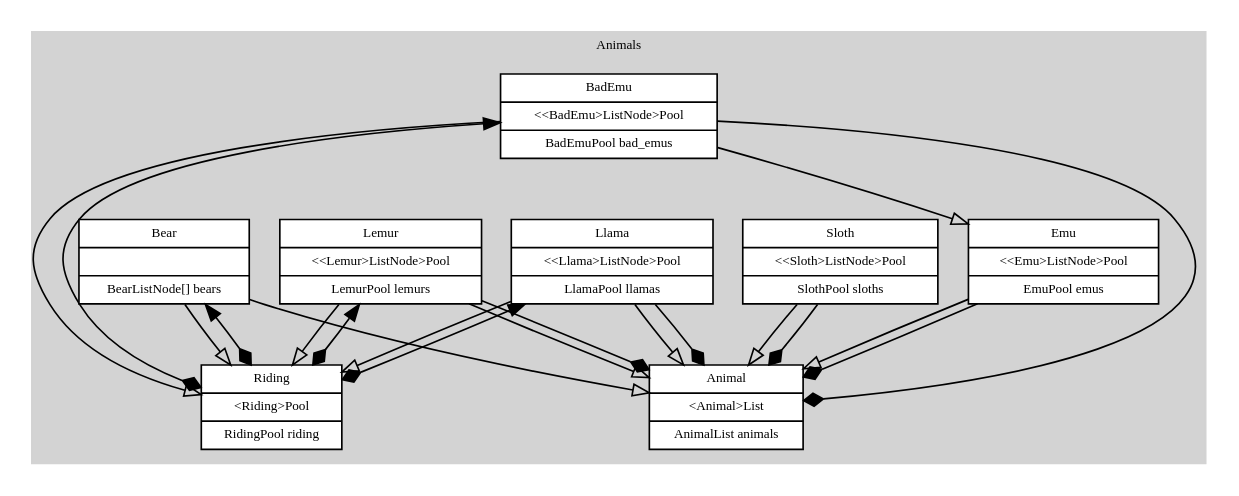
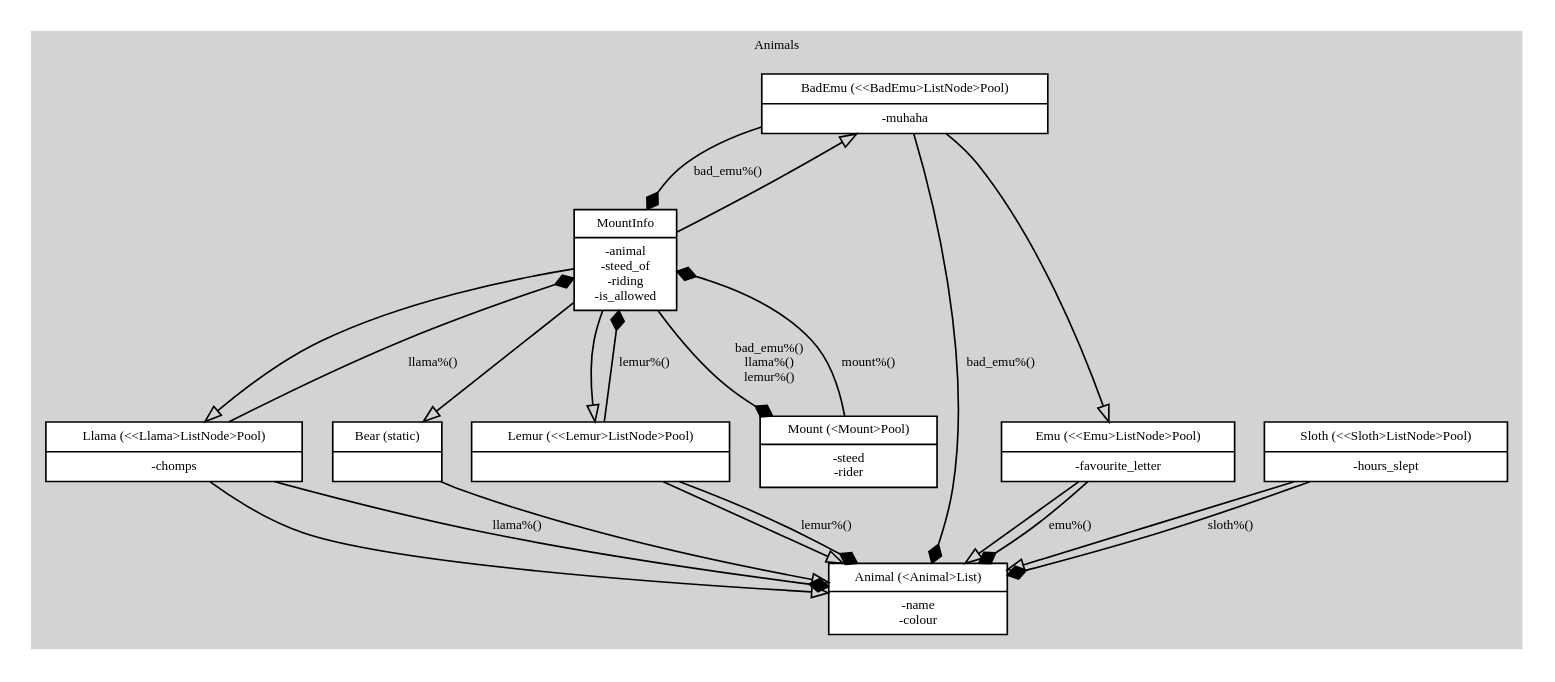
One commit to neil-edelman/boxes changed the diagram in Animals.gv. Above: the diagram before and after it, drawn with Graphviz.

Commit message:
Could use a little organisation.

```diff
--- a/Animals.gv
+++ b/Animals.gv
@@ -1,60 +1,57 @@
 digraph {
 	fontname = "Bitstream Vera Sans";
 	fontsize = 8;
 	node [
 		fontname = "Bitstream Vera Sans",
 		fontsize = 8,
 		shape = "record"
 	];
 	edge [
 		fontname = "Bitstream Vera Sans",
 		fontsize = 8,
 	];
 	subgraph cluster_Animals {
 		label = "Animals";
 		style = filled;
 		color = lightgrey;
 		node [style = filled, fillcolor = white];
 
-		Animal [ label = "{Animal|\<Animal\>List|AnimalList animals}" ];
-		Sloth [ label = "{Sloth|\<\<Sloth\>ListNode\>Pool|SlothPool sloths}" ];
-		Emu [ label = "{Emu|\<\<Emu\>ListNode\>Pool|EmuPool emus}"];
-		BadEmu [label=" {BadEmu|\<\<BadEmu\>ListNode\>Pool|BadEmuPool bad_emus}"];
-		Llama [label="{Llama|\<\<Llama\>ListNode\>Pool|LlamaPool llamas}"];
-		Lemur [label="{Lemur|\<\<Lemur\>ListNode\>Pool|LemurPool lemurs}"];
-		Bear [label="{Bear||BearListNode[] bears}"];
-		Riding [label="{Riding|\<Riding\>Pool|RidingPool riding}"];
+		Animal [ label = "{Animal (\<Animal\>List)|-name\n-colour}" ];
+		Mount [ label = "{Mount (\<Mount\>Pool)|-steed\n-rider}" ]
+		MountInfo [label="{MountInfo |-animal\n-steed_of\n-riding\n-is_allowed}"]
+		Sloth [ label = "{Sloth (\<\<Sloth\>ListNode\>Pool)|-hours_slept}" ];
+		Emu [ label = "{Emu (\<\<Emu\>ListNode\>Pool)|-favourite_letter}"];
+		BadEmu [label="{BadEmu (\<\<BadEmu\>ListNode\>Pool)|-muhaha}"];
+		Llama [label="{Llama (\<\<Llama\>ListNode\>Pool)|-chomps}"];
+		Lemur [label="{Lemur (\<\<Lemur\>ListNode\>Pool)|}"];
+		Bear [label="{Bear (static)|}"];
 
-		# inheretance -- first section of the node
-		# nested {struct}s
+		# inheritance (nested {struct}s)
 		edge [ arrowhead = "onormal" ];
 		Sloth -> Animal;
 		Emu -> Animal;
 		BadEmu -> Emu;
+		MountInfo -> BadEmu;
 		Llama -> Animal;
+		MountInfo -> Llama;
 		Lemur -> Animal;
+		MountInfo -> Lemur;
 		Bear -> Animal;
-		Bear -> Riding;
-		Lemur -> Riding;
-		BadEmu -> Riding;
-		Llama -> Riding;
+		MountInfo -> Bear;
 
-		# composition -- second section of the node
-		# when the memory changes locations due to a {realloc}, this should update
+		# composition
+		# when the memory changes locations due to a {realloc}
+		# \each == _migrate
 		edge [ arrowhead = "diamond" ];
-		Sloth -> Animal;
-		Emu -> Animal;
-		BadEmu -> Animal;
-		Llama -> Animal;
-		Lemur -> Animal;
-		edge [ dir = "both" ];
-		Bear -> Riding;
-		Lemur -> Riding;
-		BadEmu -> Riding;
-		Llama -> Riding;
-
-		# Riding
-		#Llama -> Lemur;
-		#Llama -> Bear;
+		Sloth -> Animal [ label = "sloth%()" ];
+		Emu -> Animal [ label = "emu%()" ];
+		BadEmu -> Animal [ label = "bad_emu%()" ];
+		BadEmu -> MountInfo [ label = "bad_emu%()" ]
+		Llama -> Animal [ label = "llama%()" ];
+		Llama -> MountInfo [ label = "llama%()" ]
+		Lemur -> Animal [ label = "lemur%()" ];
+		Lemur -> MountInfo [ label = "lemur%()" ]
+		MountInfo -> Mount [ label = "bad_emu%()\nllama%()\nlemur%()" ];
+		Mount -> MountInfo [ label = "mount%()" ];
 	}
 }
```
